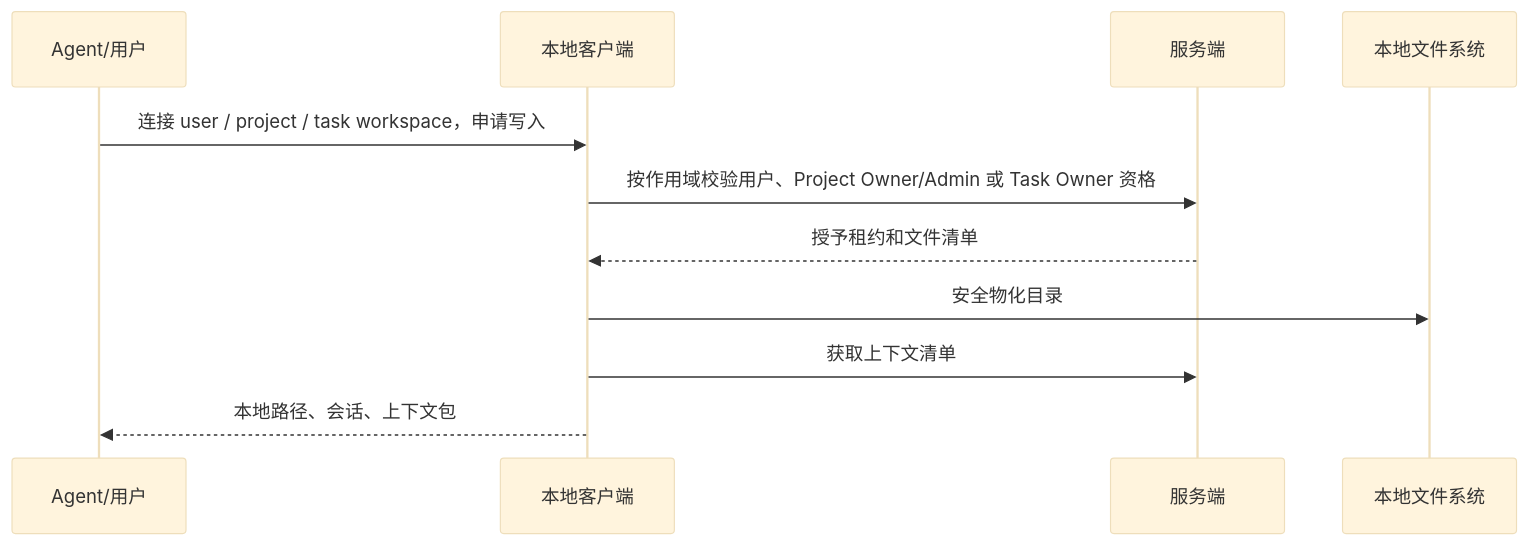
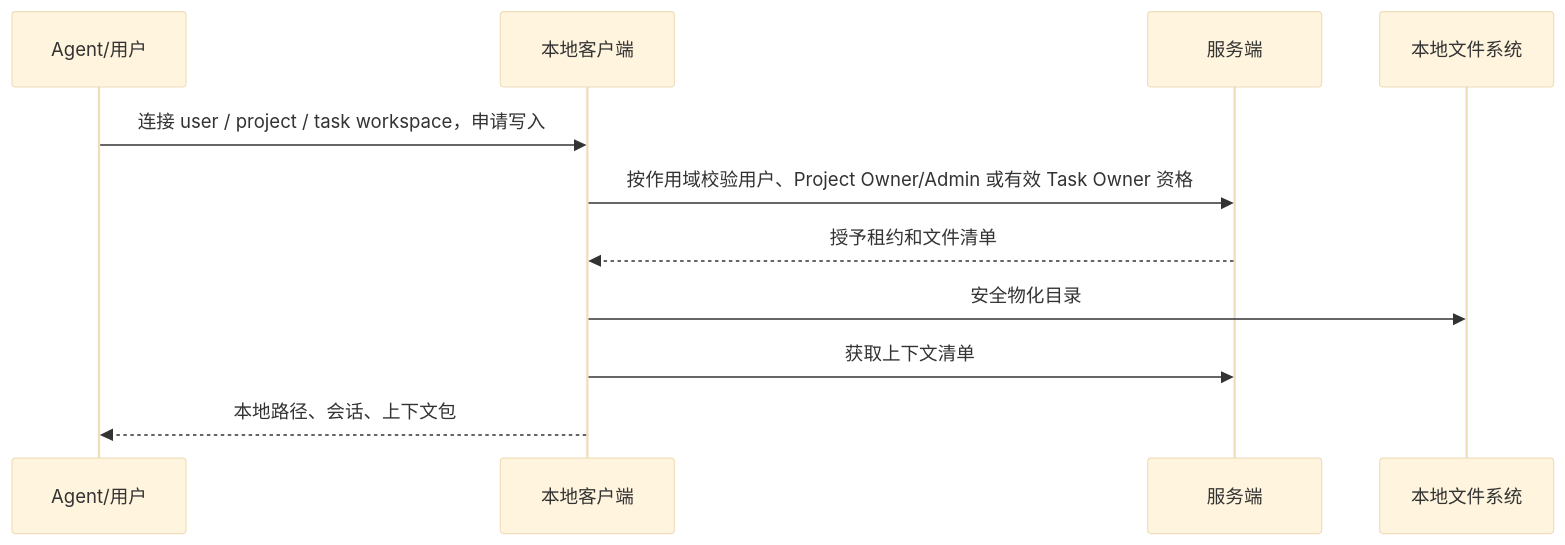
One commit to V-sion-V/NGAPD changed the third of 4 diagrams in docs/04-system-architecture.md. Above: the diagram before and after it, drawn with Mermaid (base theme). The commit also changed other lines of this file and 8 other files, not shown here.

````diff
--- a/docs/04-system-architecture.md
+++ b/docs/04-system-architecture.md
@@ -249,14 +259,14 @@
 ```mermaid
 sequenceDiagram
     participant A as Agent/用户
     participant C as 本地客户端
     participant S as 服务端
     participant F as 本地文件系统
 
     A->>C: 连接 user / project / task workspace，申请写入
-    C->>S: 按作用域校验用户、Project Owner/Admin 或 Task Owner 资格
+    C->>S: 按作用域校验用户、Project Owner/Admin 或有效 Task Owner 资格
     S-->>C: 授予租约和文件清单
     C->>F: 安全物化目录
     C->>S: 获取上下文清单
     C-->>A: 本地路径、会话、上下文包
 ```
````
